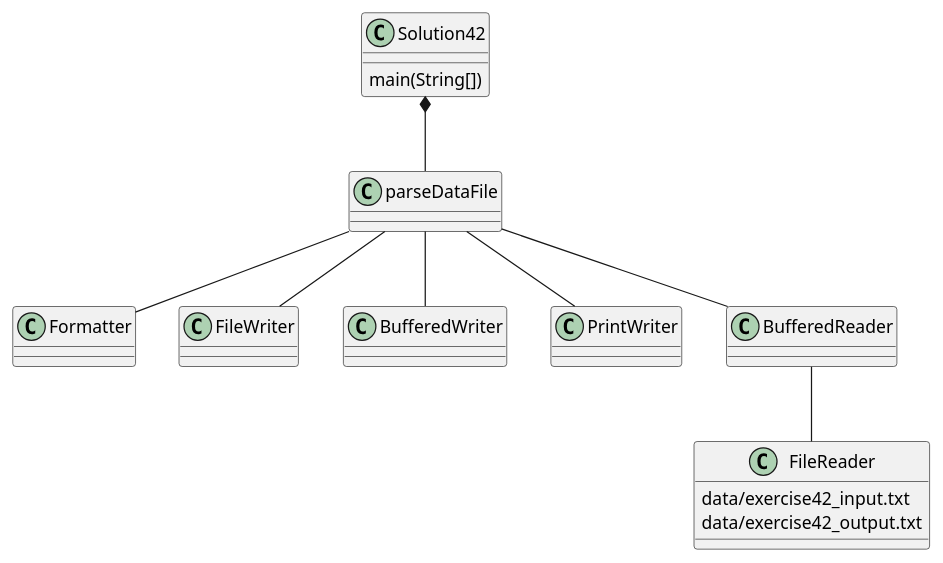
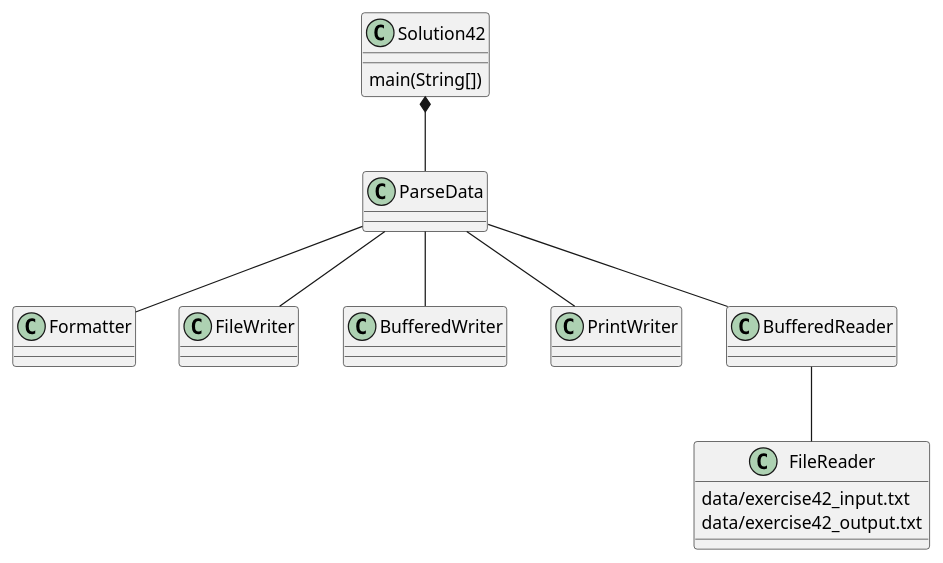
The diagram in exercise42/docs/exercise42.puml (MohitBallikar/Ballikar-a04), drawn with PlantUML before and after one commit. The commit also changed 4 other files, not shown here.

Commit message:
uml edit and restructre

```diff
--- a/exercise42/docs/exercise42.puml
+++ b/exercise42/docs/exercise42.puml
@@ -1,24 +1,21 @@
 @startuml
 class Solution42 {
     main(String[])
 }
-Solution42 *--parseDataFile
+Solution42 *--ParseData
 
-class parseDataFile{
-
-}
-parseDataFile -- Formatter
-parseDataFile -- FileWriter
-parseDataFile -- BufferedWriter
-parseDataFile -- PrintWriter
-parseDataFile -- BufferedReader
+ParseData -- Formatter
+ParseData -- FileWriter
+ParseData -- BufferedWriter
+ParseData -- PrintWriter
+ParseData -- BufferedReader
 
 BufferedReader -- FileReader
 
 class FileReader
 {
 data/exercise42_input.txt
 data/exercise42_output.txt
 }
 
 @enduml
```
